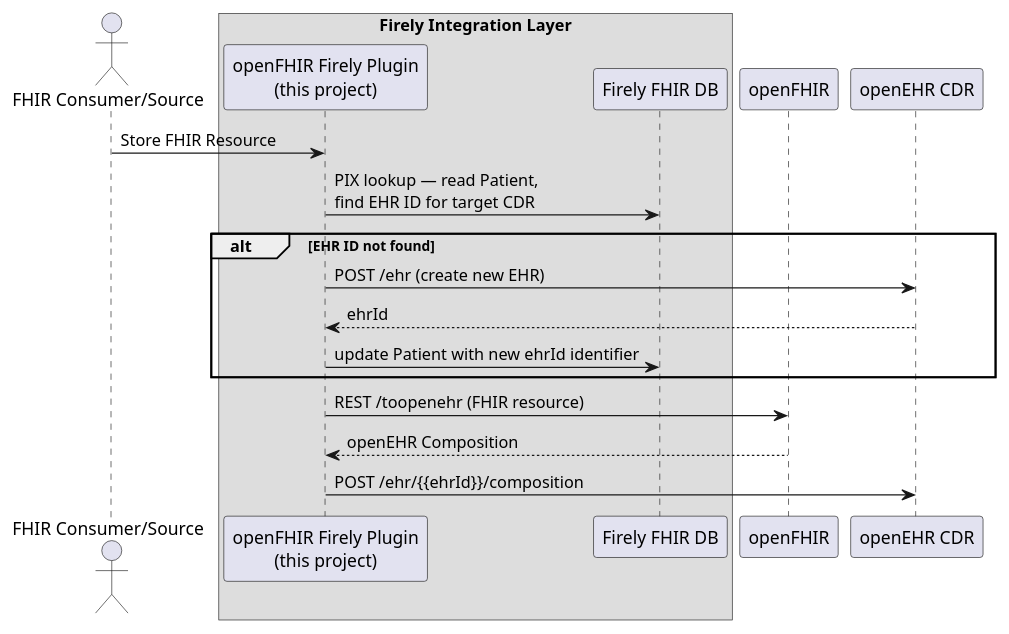
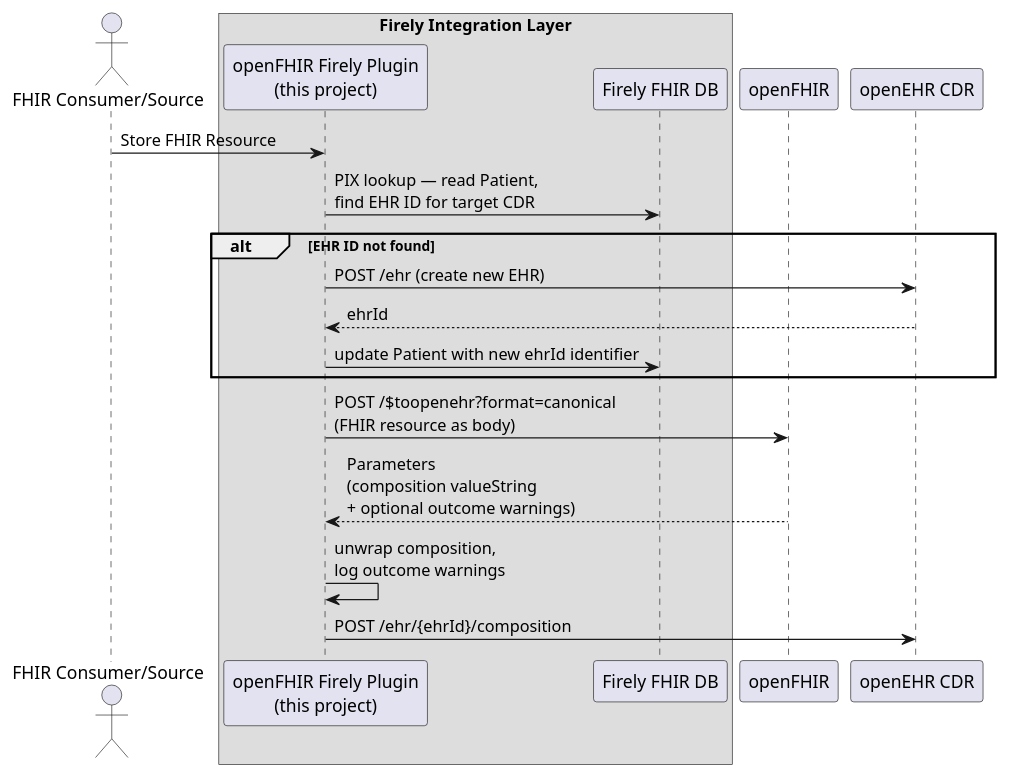
One commit to openFHIR/openfhir-firely-plugin changed the diagram in fhir_store.puml. Above: the diagram before and after it, drawn with PlantUML. The commit also changed 18 other files, not shown here.

Commit message:
openFHIR 3.0.0 migration plus ci pipelines

```diff
--- a/fhir_store.puml
+++ b/fhir_store.puml
@@ -1,29 +1,31 @@
 @startuml fhir_store
 
 actor "FHIR Consumer/Source" as consumer
 
 box "Firely Integration Layer"
     participant "openFHIR Firely Plugin\n(this project)" as facade
     participant "Firely FHIR DB" as firely
 end box
 
 participant "openFHIR" as openfhir
 participant "openEHR CDR" as cdr
 
 consumer -> facade : Store FHIR Resource
 
 facade -> firely : PIX lookup — read Patient,\nfind EHR ID for target CDR
 
 alt EHR ID not found
     facade -> cdr : POST /ehr (create new EHR)
     cdr --> facade : ehrId
     facade -> firely : update Patient with new ehrId identifier
 end
 
-facade -> openfhir : REST /toopenehr (FHIR resource)
+facade -> openfhir : POST /$toopenehr?format=canonical\n(FHIR resource as body)
 
-openfhir --> facade : openEHR Composition
+openfhir --> facade : Parameters\n(composition valueString\n+ optional outcome warnings)
 
-facade -> cdr : POST /ehr/{{ehrId}}/composition
+facade -> facade : unwrap composition,\nlog outcome warnings
+
+facade -> cdr : POST /ehr/{ehrId}/composition
 
 @enduml
```
